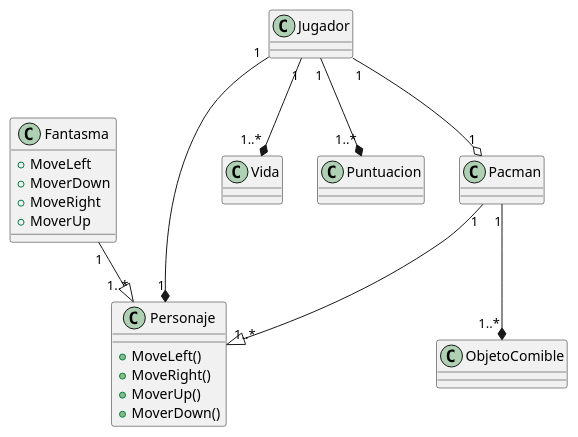
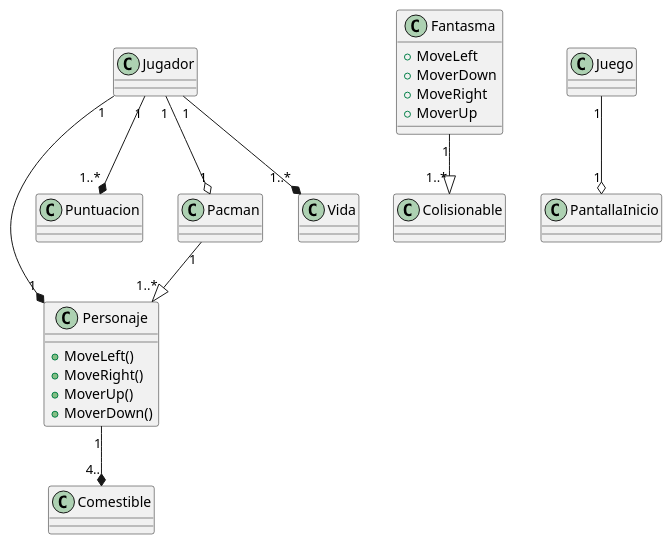
The diagram in docs/pacman.puml (Tunasshari23110170/Pacman2), drawn with PlantUML before and after one commit. The commit also changed 8 other files, not shown here.

```diff
--- a/docs/pacman.puml
+++ b/docs/pacman.puml
@@ -1,29 +1,32 @@
 @startuml Pacman 
 
 class Personaje{
     + MoveLeft()
     + MoveRight()
     + MoverUp()
     + MoverDown()
 }
 
 
 class Fantasma{
     +MoveLeft
     +MoverDown
     +MoveRight
     +MoverUp
 }
-class Vida
+
 class Puntuacion
-class ObjetoComible
-class Jugador
+class Comestible
+class PantallaInicio
+class Colisionable
+class Juego
 
  Jugador "1" --* "1" Personaje 
  Pacman "1" --|> "1..*" Personaje
- Fantasma "1" --|> "1..*" Personaje
- Pacman "1" --* "1..*" ObjetoComible
+ Fantasma "1" --|> "1..*" Colisionable
+ Personaje "1" --* "4.." Comestible
  Jugador "1" --o "1" Pacman
  Jugador "1" --* "1..*" Puntuacion
  Jugador "1" --* "1..*" Vida
+Juego "1" --o "1" PantallaInicio
  @enduml
```
